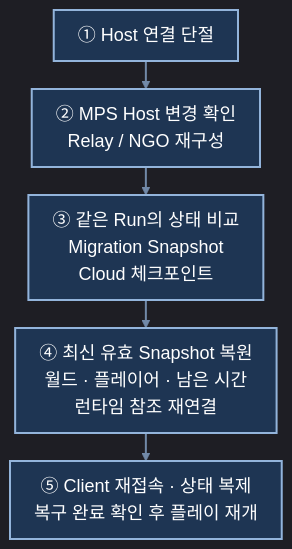
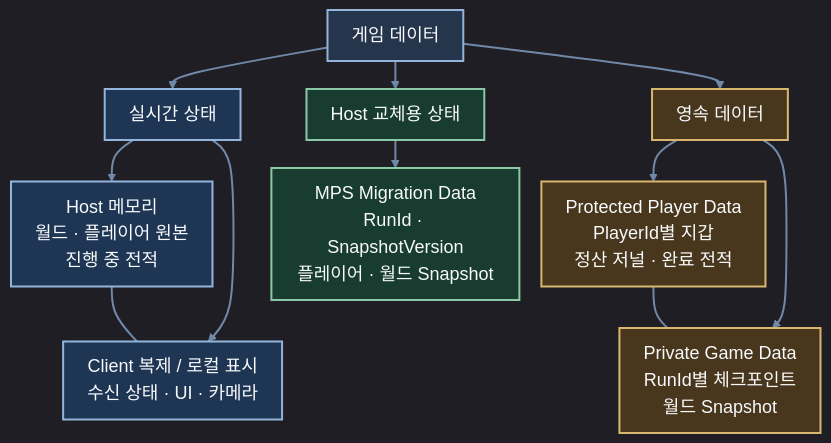
Before and after one commit to theholmes2/EchoZone: the seventh of 9 diagrams in README.md, drawn with Mermaid. The commit also changed other lines of this file, not shown here.

````diff
--- a/README.md
+++ b/README.md
@@ -90,12 +252,23 @@
 ```mermaid
-%%{init: {"theme":"dark","themeVariables":{"fontSize":"18px","fontFamily":"sans-serif","darkMode":true,"background":"#111827","primaryColor":"#1E3553","primaryTextColor":"#FFFFFF","primaryBorderColor":"#93B4DB","lineColor":"#7189A8","textColor":"#FFFFFF","actorBkg":"#12243A","actorBorder":"#93B4DB","actorTextColor":"#FFFFFF","signalColor":"#FFFFFF","signalTextColor":"#FFFFFF","actorLineColor":"#7189A8","noteBkgColor":"#182A40","noteTextColor":"#FFFFFF","noteBorderColor":"#93B4DB","edgeLabelBackground":"#111827"},"flowchart":{"nodeSpacing":24,"rankSpacing":28,"padding":12,"wrappingWidth":300},"sequence":{"actorMargin":30,"width":120,"height":44,"messageMargin":28,"mirrorActors":false,"wrap":true,"actorFontSize":19,"messageFontSize":18,"noteFontSize":18},"themeCSS":"text, tspan { fill: #FFFFFF !important; } .nodeLabel, .nodeLabel p, .edgeLabel, .edgeLabel p { color: #FFFFFF !important; } .messageText, .noteText { fill: #FFFFFF !important; } .messageLine0, .messageLine1 { stroke: #FFFFFF !important; stroke-width: 2px !important; } .actor-line { stroke: #7189A8 !important; }"}}%%
-flowchart TD
-    A["① Host 연결 단절"]
-    B["② MPS Host 변경 확인<br/>Relay / NGO 재구성"]
-    C["③ 같은 Run의 상태 비교<br/>Migration Snapshot<br/>Cloud 체크포인트"]
-    D["④ 최신 유효 Snapshot 복원<br/>월드 · 플레이어 · 남은 시간<br/>런타임 참조 재연결"]
-    E["⑤ Client 재접속 · 상태 복제<br/>복구 완료 확인 후 플레이 재개"]
-    A --> B --> C --> D --> E
-    classDef default fill:#1E3553,stroke:#93B4DB,stroke-width:2px,color:#FFFFFF
-    linkStyle default stroke:#7189A8,stroke-width:2px,color:#FFFFFF
+%%{init: {"theme":"dark","themeVariables":{"fontSize":"18px","fontFamily":"sans-serif","primaryColor":"#1E3553","primaryTextColor":"#F8FAFC","primaryBorderColor":"#93B4DB","lineColor":"#7189A8","secondaryColor":"#183C30","tertiaryColor":"#49371D","clusterBkg":"#1E3553","clusterBorder":"#93B4DB","actorBkg":"#1E3553","actorBorder":"#93B4DB","actorTextColor":"#F8FAFC","signalColor":"#F8FAFC","signalTextColor":"#F8FAFC","labelBoxBkgColor":"#49371D","labelBoxBorderColor":"#D9B66F","labelTextColor":"#F8FAFC","loopTextColor":"#F8FAFC","noteBkgColor":"#25354B","noteTextColor":"#F8FAFC","noteBorderColor":"#93B4DB","textColor":"#F8FAFC","titleColor":"#F8FAFC","secondaryTextColor":"#F8FAFC","tertiaryTextColor":"#F8FAFC","edgeLabelBackground":"#111827","nodeTextColor":"#F8FAFC","actorLineColor":"#CBD5E1","activationBorderColor":"#CBD5E1","activationBkgColor":"#25354B","darkMode":true,"background":"#111827"},"flowchart":{"nodeSpacing":22,"rankSpacing":28,"padding":12},"sequence":{"actorMargin":24,"width":110,"height":44,"diagramMarginX":8,"diagramMarginY":12,"messageMargin":28,"mirrorActors":false,"wrap":true,"actorFontSize":18,"messageFontSize":18,"noteFontSize":17},"darkMode":true,"themeCSS":"text, tspan { fill: #F8FAFC !important; } .nodeLabel, .nodeLabel p, .nodeLabel span, .edgeLabel, .edgeLabel p, .cluster-label, .cluster-label p { color: #F8FAFC !important; } .messageText, .noteText, .labelText, .loopText { fill: #F8FAFC !important; color: #F8FAFC !important; } .messageLine0, .messageLine1, .actor-line { stroke: #E2E8F0 !important; }"}}%%
+flowchart TB
+    Root["게임 데이터"]
+    Root --> Live["실시간 상태"]
+    Root --> Migration["Host 교체용 상태"]
+    Root --> Persistent["영속 데이터"]
+    Live --> HostMemory["Host 메모리<br/>월드 · 플레이어 원본<br/>진행 중 전적"]
+    Live --> ClientView["Client 복제 / 로컬 표시<br/>수신 상태 · UI · 카메라"]
+    Migration --> SessionData["MPS Migration Data<br/>RunId · SnapshotVersion<br/>플레이어 · 월드 Snapshot"]
+    Persistent --> PlayerData["Protected Player Data<br/>PlayerId별 지갑<br/>정산 저널 · 완료 전적"]
+    Persistent --> WorldData["Private Game Data<br/>RunId별 체크포인트<br/>월드 Snapshot"]
+    HostMemory ~~~ ClientView
+    PlayerData ~~~ WorldData
+    classDef live fill:#1E3553,stroke:#93B4DB,color:#F8FAFC,stroke-width:2px
+    classDef migration fill:#183C30,stroke:#8BC9A6,color:#F8FAFC,stroke-width:2px
+    classDef persistent fill:#49371D,stroke:#D9B66F,color:#F8FAFC,stroke-width:2px
+    class Live,HostMemory,ClientView live
+    class Migration,SessionData migration
+    class Persistent,PlayerData,WorldData persistent
+    classDef default fill:#25354B,stroke:#93B4DB,stroke-width:2px,color:#F8FAFC
+    linkStyle default stroke:#7189A8,stroke-width:2px,color:#F8FAFC
 ```
````
